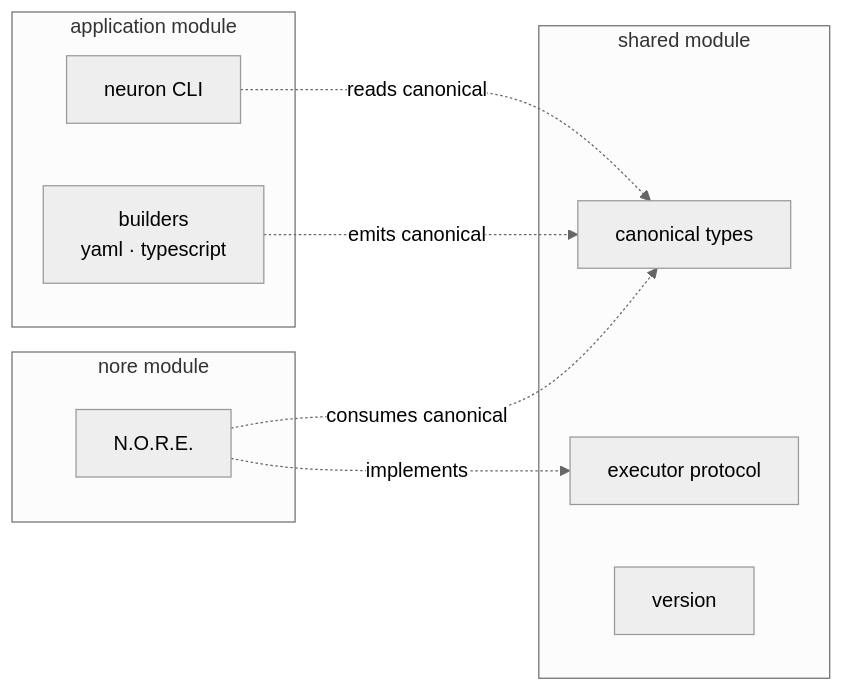
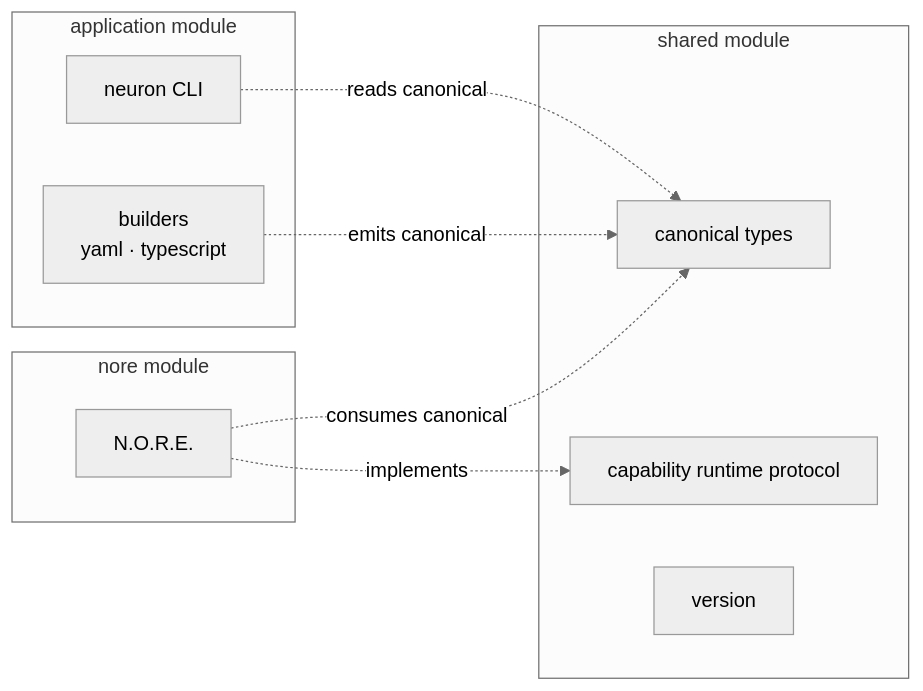
The second of 7 diagrams in docs/ARCHITECTURE.md (neuron-runtime/neuron), drawn with Mermaid (neutral theme) before and after one commit. The commit also changed other lines of this file and 119 other files, not shown here.

````diff
--- a/docs/ARCHITECTURE.md
+++ b/docs/ARCHITECTURE.md
@@ -89,19 +89,19 @@
 ```mermaid
 flowchart LR
     subgraph app["application module"]
         CLI[neuron CLI]
         BLD[builders<br/>yaml · typescript]
     end
     subgraph sh["shared module"]
         CAN[canonical types]
-        PRO[executor protocol]
+        PRO[capability runtime protocol]
         VER[version]
     end
     subgraph nore["nore module"]
         NOR[N.O.R.E.]
     end
     CLI -. reads canonical .-> CAN
     BLD -. emits canonical .-> CAN
     NOR -. consumes canonical .-> CAN
     NOR -. implements .-> PRO
 ```
````
